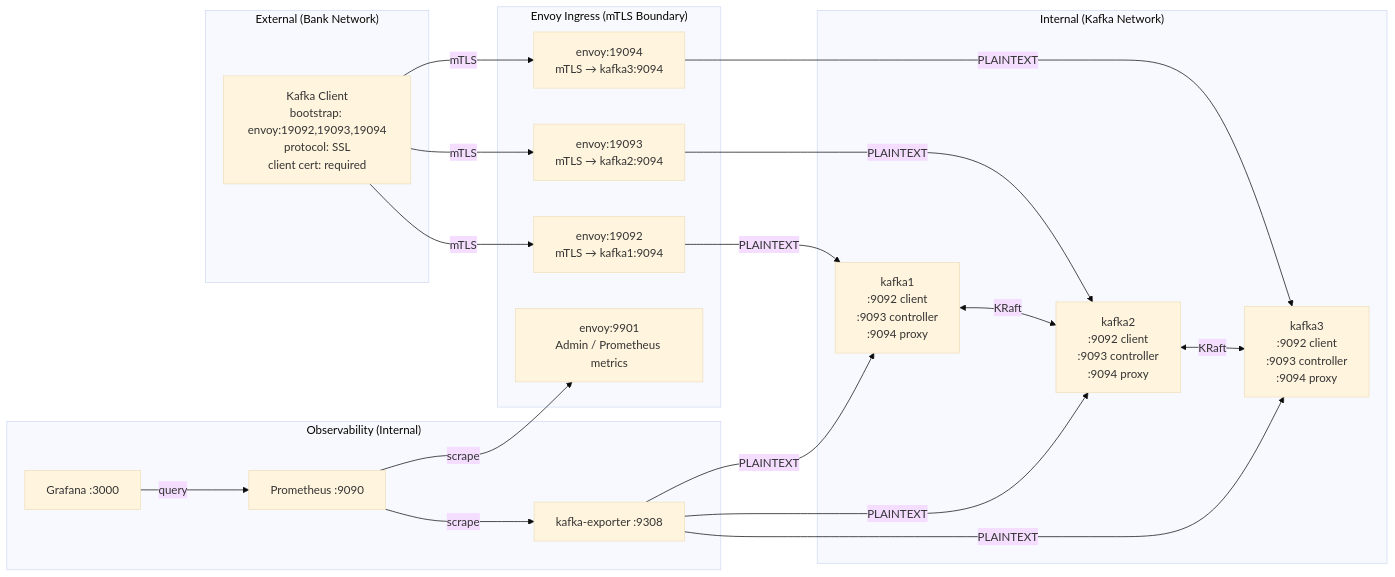
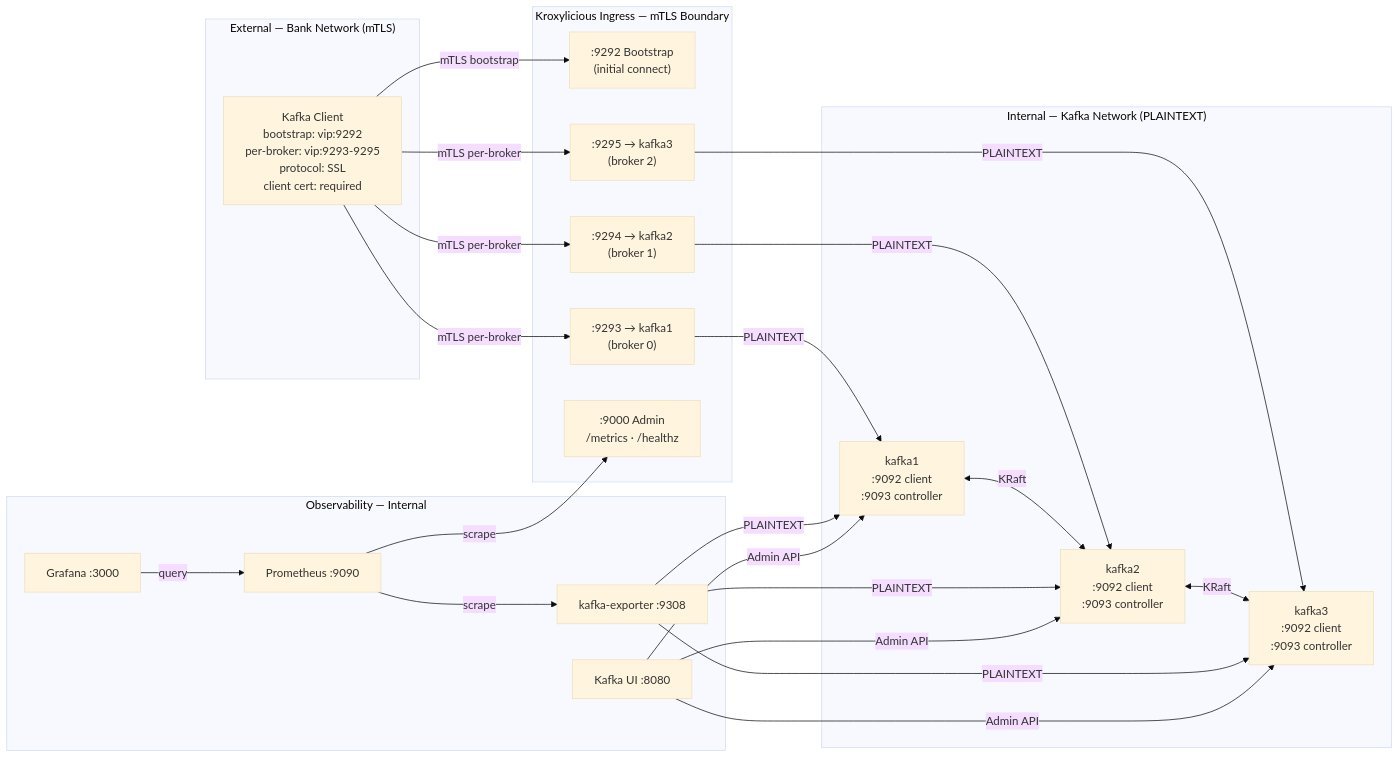
The third of 5 diagrams in README.md (rajasekar21/kafka-kraft-envoy-platform), drawn with Mermaid (base theme) before and after one commit. The commit also changed other lines of this file, not shown here.

First line of the commit message:
docs: rewrite README with Kroxylicious architecture diagrams and bare-metal focus

````diff
--- a/README.md
+++ b/README.md
@@ -162,34 +157,38 @@
 ```mermaid
 flowchart LR
-    subgraph EXT["External  (Bank Network)"]
-        CL["Kafka Client\nbootstrap: envoy:19092,19093,19094\nprotocol: SSL\nclient cert: required"]
+    subgraph EXT["External — Bank Network (mTLS)"]
+        CL["Kafka Client\nbootstrap: vip:9292\nper-broker: vip:9293-9295\nprotocol: SSL\nclient cert: required"]
     end
 
-    subgraph DMZ["Envoy Ingress  (mTLS Boundary)"]
-        E1["envoy:19092\nmTLS → kafka1:9094"]
-        E2["envoy:19093\nmTLS → kafka2:9094"]
-        E3["envoy:19094\nmTLS → kafka3:9094"]
-        EA["envoy:9901\nAdmin / Prometheus metrics"]
+    subgraph DMZ["Kroxylicious Ingress — mTLS Boundary"]
+        KXB[":9292  Bootstrap\n(initial connect)"]
+        KX1[":9293  → kafka1\n(broker 0)"]
+        KX2[":9294  → kafka2\n(broker 1)"]
+        KX3[":9295  → kafka3\n(broker 2)"]
+        KXA[":9000  Admin\n/metrics · /healthz"]
     end
 
-    subgraph INT["Internal  (Kafka Network)"]
-        K1["kafka1\n:9092 client\n:9093 controller\n:9094 proxy"]
-        K2["kafka2\n:9092 client\n:9093 controller\n:9094 proxy"]
-        K3["kafka3\n:9092 client\n:9093 controller\n:9094 proxy"]
+    subgraph INT["Internal — Kafka Network (PLAINTEXT)"]
+        K1["kafka1\n:9092 client\n:9093 controller"]
+        K2["kafka2\n:9092 client\n:9093 controller"]
+        K3["kafka3\n:9092 client\n:9093 controller"]
     end
 
-    subgraph OBS["Observability  (Internal)"]
+    subgraph OBS["Observability — Internal"]
         KE["kafka-exporter :9308"]
         PR["Prometheus :9090"]
         GR["Grafana :3000"]
+        KU["Kafka UI :8080"]
     end
 
-    CL -->|mTLS| E1 & E2 & E3
-    E1 -->|PLAINTEXT| K1
-    E2 -->|PLAINTEXT| K2
-    E3 -->|PLAINTEXT| K3
-    K1 <-->|KRaft| K2 <-->|KRaft| K3
-    KE -->|PLAINTEXT| K1 & K2 & K3
-    PR -->|scrape| KE & EA
-    GR -->|query| PR
+    CL -->|"mTLS bootstrap"| KXB
+    CL -->|"mTLS per-broker"| KX1 & KX2 & KX3
+    KX1 -->|"PLAINTEXT"| K1
+    KX2 -->|"PLAINTEXT"| K2
+    KX3 -->|"PLAINTEXT"| K3
+    K1 <-->|"KRaft"| K2 <-->|"KRaft"| K3
+    KE -->|"PLAINTEXT"| K1 & K2 & K3
+    KU -->|"Admin API"| K1 & K2 & K3
+    PR -->|"scrape"| KE & KXA
+    GR -->|"query"| PR
 ```
````
